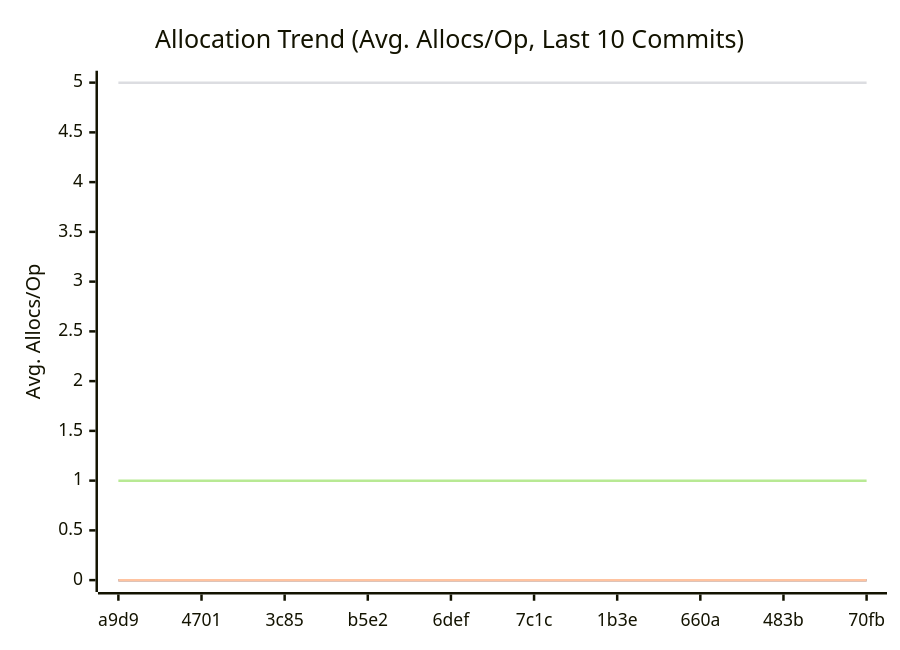
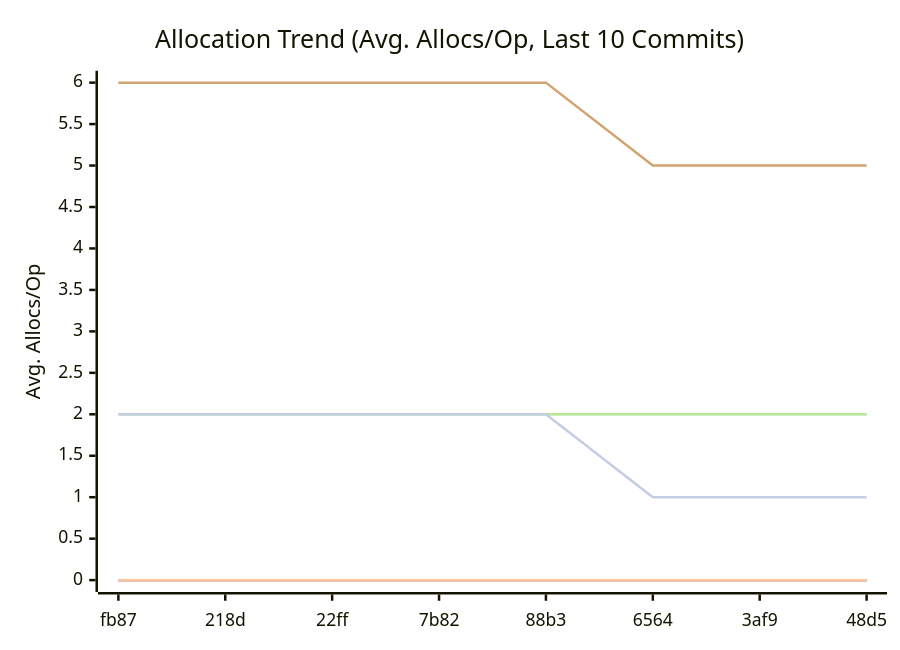
The third of 3 diagrams in doc/README.md (alsotoes/momo), drawn with Mermaid before and after one commit. The commit also changed other lines of this file and 58 other files, not shown here.

````diff
--- a/doc/README.md
+++ b/doc/README.md
@@ -316,12 +326,14 @@
 ```mermaid
 xychart-beta
     title "Allocation Trend (Avg. Allocs/Op, Last 10 Commits)"
     x-axis "Commit"
     y-axis "Avg. Allocs/Op"
-    x-axis [a9d9,4701,3c85,b5e2,6def,7c1c,1b3e,660a,483b,70fb]
+    x-axis [fb87,218d,22ff,7b82,88b3,6564,3af9,48d5]
     line "CheckMetricsAndSwap" [0,0,0,0,0,0,0,0,0,0]
     line "IndexDirectTracking" [0,0,0,0,0,0,0,0,0,0]
     line "IndexSearch" [0,0,0,0,0,0,0,0,0,0]
-    line "ParseReplicationOrder_NoPrealloc" [5,5,5,5,5,5,5,5,5,5]
-    line "ParseReplicationOrder_Prealloc" [1,1,1,1,1,1,1,1,1,1]
+    line "LoadGlobalConfig" [2,2,2,2,2,2,2,2,2,2]
+    line "PadString" [2,2,2,2,2,2,2,2,2,2]
+    line "ParseReplicationOrder_NoPrealloc" [6,6,6,6,6,5,5,5,5,5]
+    line "ParseReplicationOrder_Prealloc" [2,2,2,2,2,1,1,1,1,1]
 ```
````
